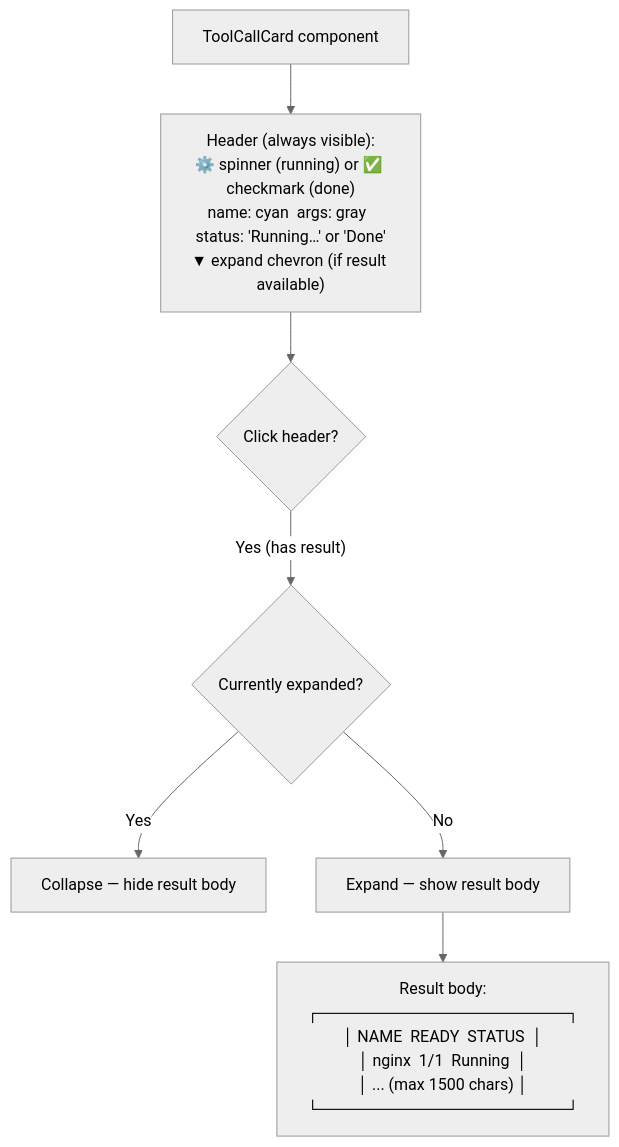
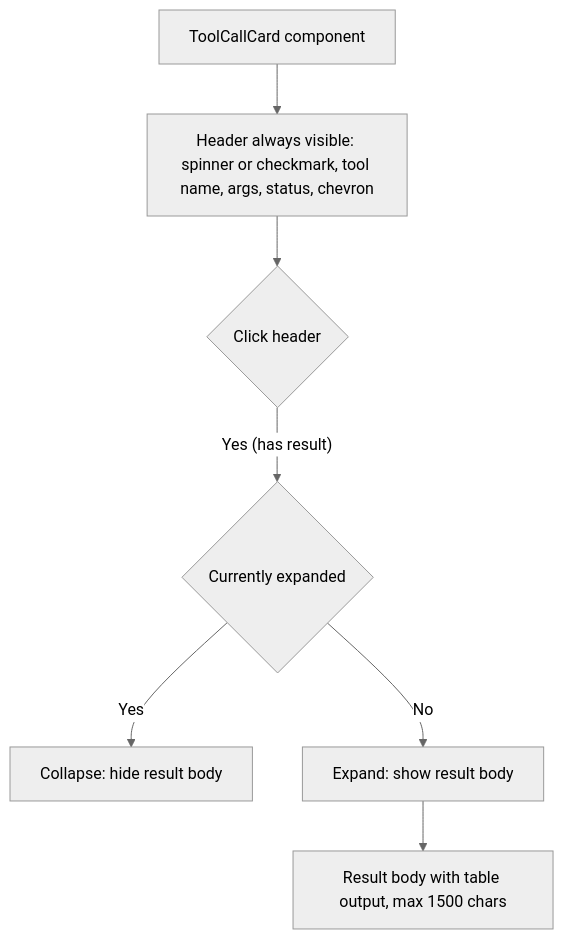
One commit to yessine15/sentinel changed diagram 24 of 29 in docs/PHASE2_EXPLAINED.md. Above: the diagram before and after it, drawn with Mermaid (neutral theme). The commit also changed other lines of this file, not shown here.

First line of the commit message:
docs: fix all mermaid v11.15.0 syntax errors in Phase 2 guide

````diff
--- a/docs/PHASE2_EXPLAINED.md
+++ b/docs/PHASE2_EXPLAINED.md
@@ -883,10 +872,10 @@
 ```mermaid
 flowchart TD
-    TC["ToolCallCard component"] --> HEADER["Header (always visible):<br/>⚙️ spinner (running) or ✅ checkmark (done)<br/>name: cyan  args: gray  status: 'Running…' or 'Done'<br/>▼ expand chevron (if result available)"]
+    TC["ToolCallCard component"] --> HEADER["Header always visible: spinner or checkmark, tool name, args, status, chevron"]
 
-    HEADER --> CLICK{"Click header?"}
-    CLICK -->|"Yes (has result)"| EXPAND{"Currently expanded?"}
-    EXPAND -->|"Yes"| COLLAPSE["Collapse — hide result body"]
-    EXPAND -->|"No"| SHOW["Expand — show result body"]
-    SHOW --> BODY["Result body:<br/>┌──────────────────────┐<br/>│ NAME  READY  STATUS  │<br/>│ nginx  1/1  Running  │<br/>│ ... (max 1500 chars) │<br/>└──────────────────────┘"]
+    HEADER --> CLICK{"Click header"}
+    CLICK -->|"Yes (has result)"| EXPAND{"Currently expanded"}
+    EXPAND -->|"Yes"| COLLAPSE["Collapse: hide result body"]
+    EXPAND -->|"No"| SHOW["Expand: show result body"]
+    SHOW --> BODY["Result body with table output, max 1500 chars"]
 ```
````
